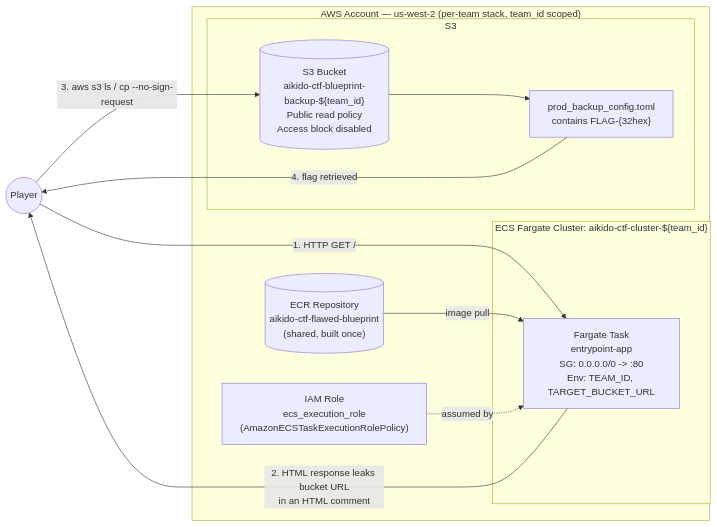
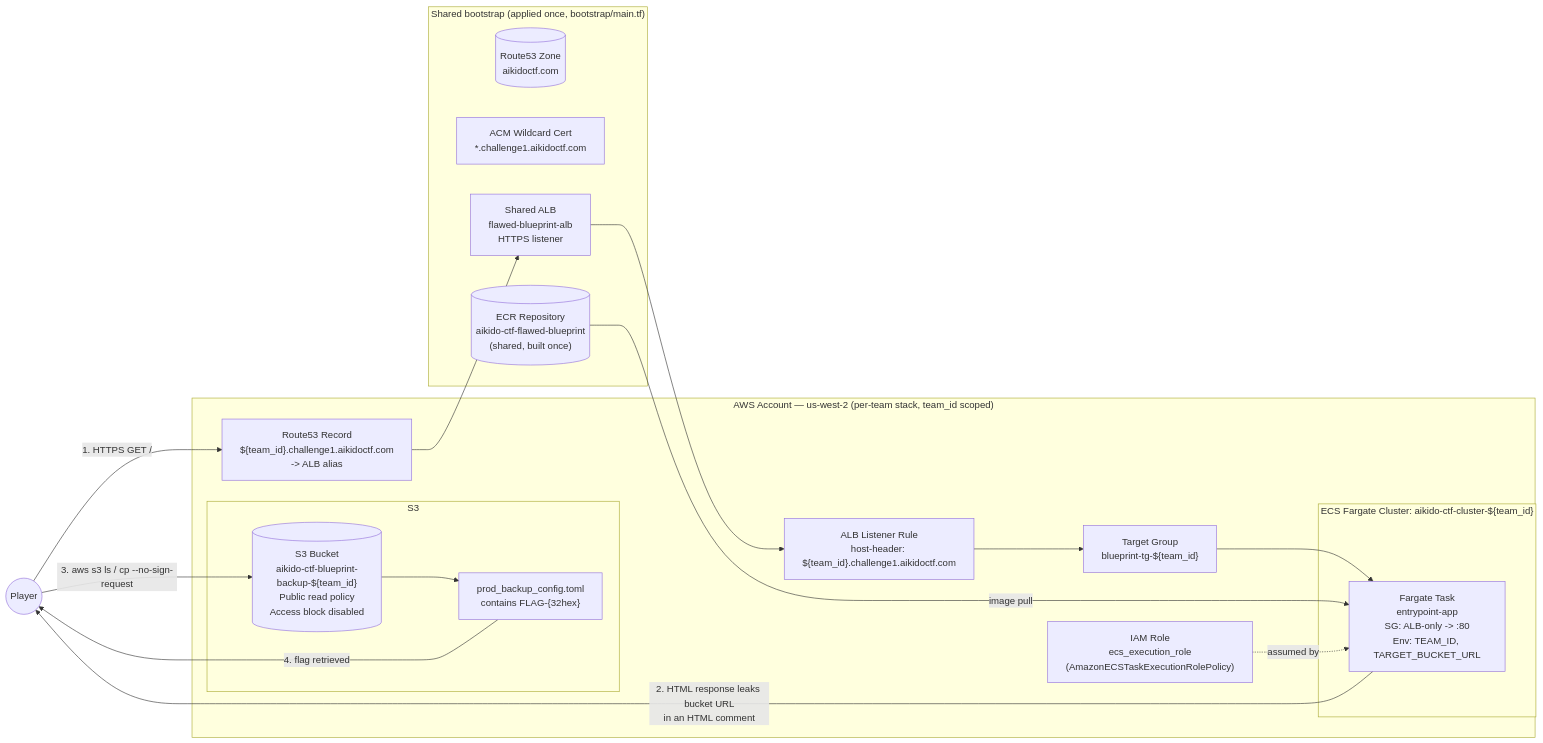
The diagram in docs/architecture-diagram.md (techwithmack/ctf-cloudsec), drawn with Mermaid before and after one commit. The commit also changed other lines of this file and 11 other files, not shown here.

First line of the commit message:
Publish both challenges under aikidoctf.com with per-challenge subdomains

````diff
--- a/docs/architecture-diagram.md
+++ b/docs/architecture-diagram.md
@@ -3,26 +3,40 @@
 ```mermaid
 flowchart LR
     Player((Player))
 
+    subgraph Shared["Shared bootstrap (applied once, bootstrap/main.tf)"]
+        Zone[("Route53 Zone\naikidoctf.com")]
+        Cert["ACM Wildcard Cert\n*.challenge1.aikidoctf.com"]
+        ALB["Shared ALB\nflawed-blueprint-alb\nHTTPS listener"]
+        ECR[("ECR Repository\naikido-ctf-flawed-blueprint\n(shared, built once)")]
+    end
+
     subgraph AWS["AWS Account — us-west-2 (per-team stack, team_id scoped)"]
+        DNS["Route53 Record\n${team_id}.challenge1.aikidoctf.com\n-> ALB alias"]
+        Rule["ALB Listener Rule\nhost-header: ${team_id}.challenge1.aikidoctf.com"]
+        TG["Target Group\nblueprint-tg-${team_id}"]
+
         subgraph ECS["ECS Fargate Cluster: aikido-ctf-cluster-${team_id}"]
-            Task["Fargate Task\nentrypoint-app\nSG: 0.0.0.0/0 -> :80\nEnv: TEAM_ID, TARGET_BUCKET_URL"]
+            Task["Fargate Task\nentrypoint-app\nSG: ALB-only -> :80\nEnv: TEAM_ID, TARGET_BUCKET_URL"]
         end
 
-        ECR[("ECR Repository\naikido-ctf-flawed-blueprint\n(shared, built once)")]
         ExecRole["IAM Role\necs_execution_role\n(AmazonECSTaskExecutionRolePolicy)"]
 
         subgraph Storage["S3"]
             Bucket[("S3 Bucket\naikido-ctf-blueprint-backup-${team_id}\nPublic read policy\nAccess block disabled")]
             Flag["prod_backup_config.toml\ncontains FLAG-{32hex}"]
         end
     end
 
-    Player -- "1. HTTP GET /" --> Task
+    Player -- "1. HTTPS GET /" --> DNS
+    DNS --> ALB
+    ALB --> Rule
+    Rule --> TG
+    TG --> Task
     ECR -- "image pull" --> Task
     ExecRole -. "assumed by" .-> Task
     Task -- "2. HTML response leaks bucket URL\nin an HTML comment" --> Player
     Player -- "3. aws s3 ls / cp --no-sign-request" --> Bucket
     Bucket --> Flag
     Flag -- "4. flag retrieved" --> Player
 ```
````
